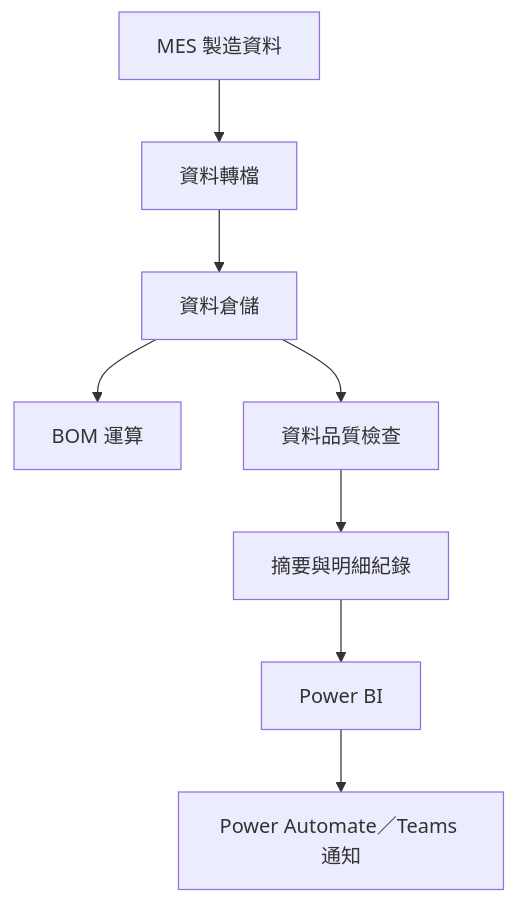
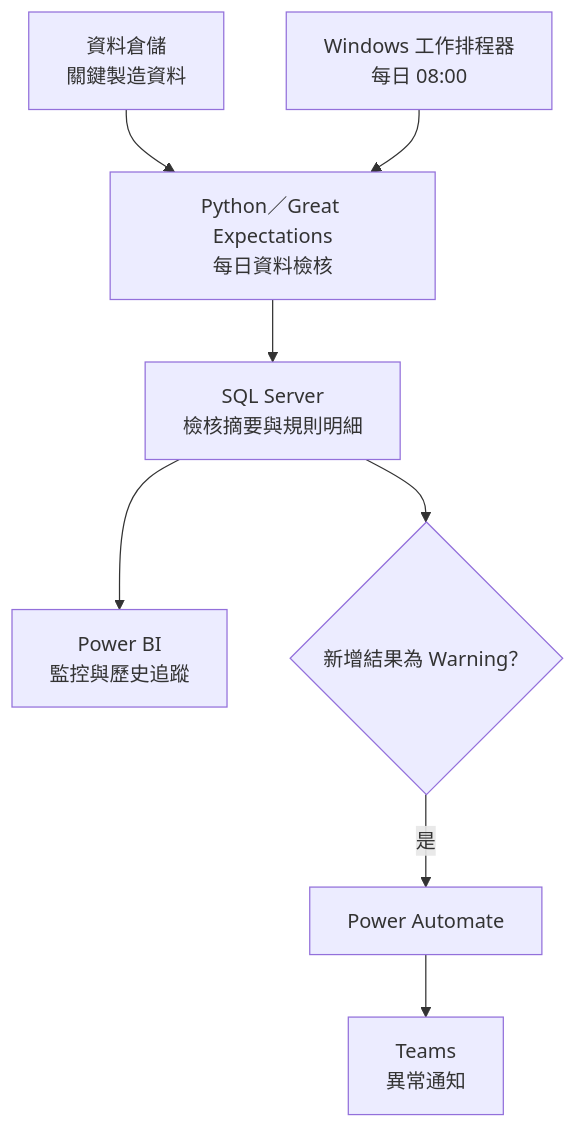
The diagram in README_ZH-TW.md (ChienChienChien/Manufacturing_Data_Quality_Monitoring), drawn with Mermaid before and after one commit. The commit also changed other lines of this file and 1 other file, not shown here.

````diff
--- a/README_ZH-TW.md
+++ b/README_ZH-TW.md
@@ -42,10 +57,10 @@
 ```mermaid
 flowchart TB
-    A["MES 製造資料"] --> B["資料轉檔"]
-    B --> C["資料倉儲"]
-    C --> D["BOM 運算"]
-    C --> E["資料品質檢查"]
-    E --> F["摘要與明細紀錄"]
-    F --> G["Power BI"]
-    G --> H["Power Automate／Teams 通知"]
+    A["資料倉儲<br/>關鍵製造資料"] --> C["Python／Great Expectations<br/>每日資料檢核"]
+    B["Windows 工作排程器<br/>每日 08:00"] --> C
+    C --> D["SQL Server<br/>檢核摘要與規則明細"]
+    D --> E["Power BI<br/>監控與歷史追蹤"]
+    D --> F{"新增結果為 Warning？"}
+    F -->|是| G["Power Automate"]
+    G --> H["Teams<br/>異常通知"]
 ```
````
